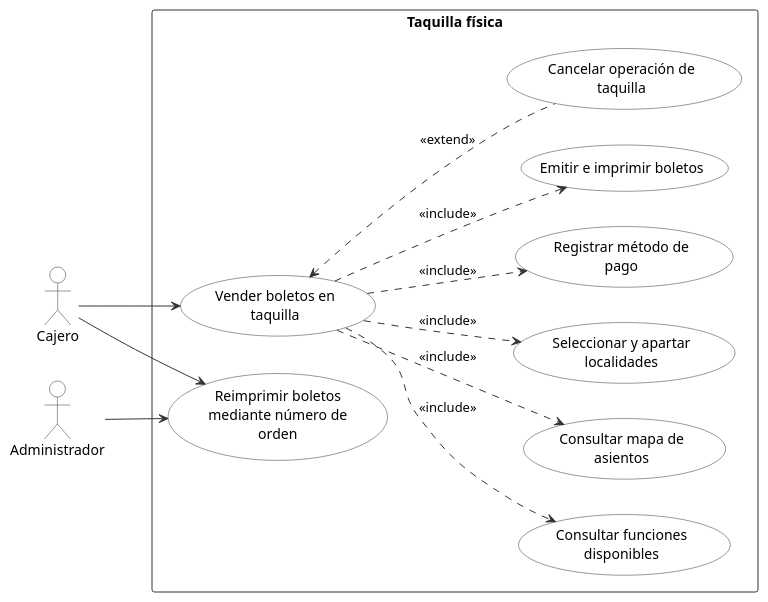
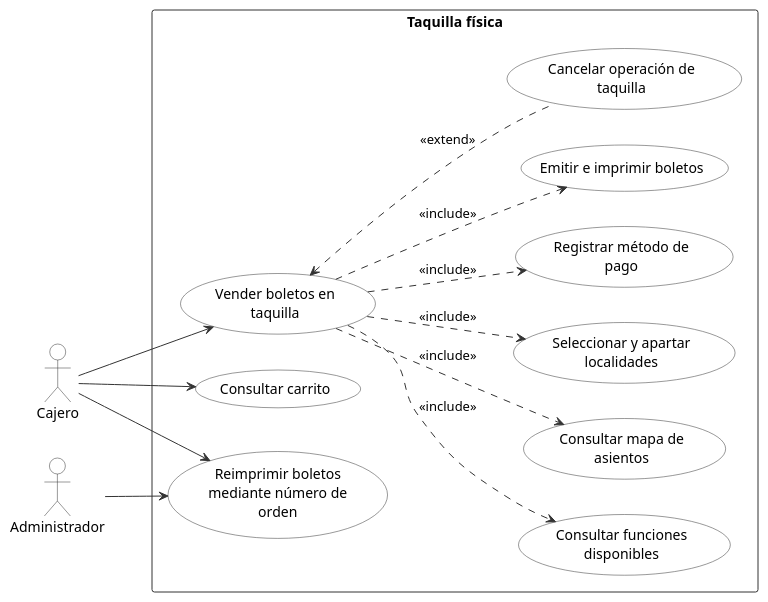
Before and after one commit to AntonioVargas97/Teatro: the diagram in docs/diagramas-uml/diagramas-de-caso-uso/03_taquilla_fisica.puml, drawn with PlantUML. The commit also changed 9 other files, not shown here.

First line of the commit message:
docs(uml): refine use case diagrams and add internal accounts

```diff
--- a/docs/diagramas-uml/diagramas-de-caso-uso/03_taquilla_fisica.puml
+++ b/docs/diagramas-uml/diagramas-de-caso-uso/03_taquilla_fisica.puml
@@ -1,40 +1,43 @@
 @startuml 03_taquilla_fisica
 skinparam shadowing false
 skinparam usecase {
   BackgroundColor #FFFFFF
   BorderColor #333333
 }
 skinparam actor {
   BackgroundColor #FFFFFF
   BorderColor #333333
 }
 skinparam rectangle {
   BackgroundColor #FFFFFF
   BorderColor #333333
 }
 skinparam ArrowColor #333333
 left to right direction
 actor "Cajero" as C
 actor "Administrador" as A
 
 rectangle "Taquilla física" {
   usecase "Vender boletos en\ntaquilla" as UC1
   usecase "Consultar funciones\ndisponibles" as UC2
   usecase "Consultar mapa de\nasientos" as UC3
   usecase "Seleccionar y apartar\nlocalidades" as UC4
   usecase "Registrar método de\npago" as UC5
   usecase "Emitir e imprimir boletos" as UC6
   usecase "Cancelar operación de\ntaquilla" as UC7
-  usecase "Reimprimir boletos\nmediante número de\norden" as UC8
+  usecase "Consultar carrito" as UC8
+  usecase "Reimprimir boletos\nmediante número de\norden" as UC9
 }
 
 C --> UC1
 C --> UC8
-A --> UC8
+C --> UC9
+A --> UC9
+
 UC1 ..> UC2 : <<include>>
 UC1 ..> UC3 : <<include>>
 UC1 ..> UC4 : <<include>>
 UC1 ..> UC5 : <<include>>
 UC1 ..> UC6 : <<include>>
 UC1 <.. UC7 : <<extend>>
 @enduml
```
